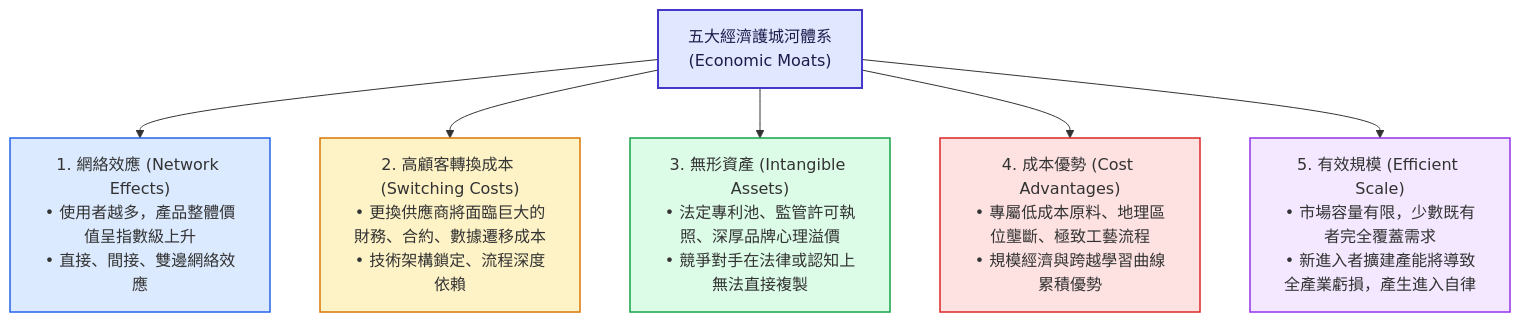
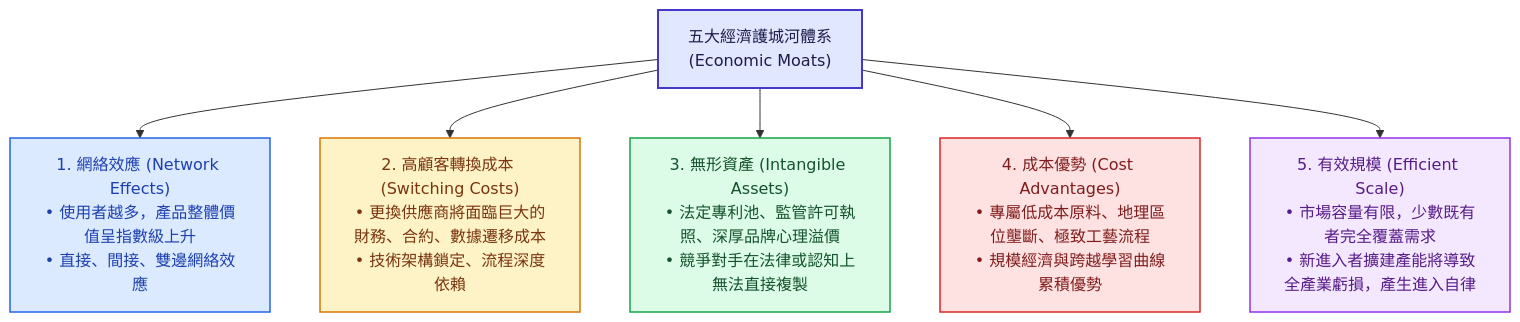
Before and after one commit to Jimlin0428/my-digital-garden: the sixth of 8 diagrams in src/site/notes/98_商業概念庫/competitive-advantage_競爭優勢.md, drawn with Mermaid. The commit also changed other lines of this file and 99 other files, not shown here.

````diff
--- a/src/site/notes/98_商業概念庫/competitive-advantage_競爭優勢.md
+++ b/src/site/notes/98_商業概念庫/competitive-advantage_競爭優勢.md
@@ -261,23 +261,23 @@
 ```mermaid
 flowchart TD
     Moats["五大經濟護城河體系<br>(Economic Moats)"]
     
     M1["1. 網絡效應 (Network Effects)<br>• 使用者越多，產品整體價值呈指數級上升<br>• 直接、間接、雙邊網絡效應"]
     M2["2. 高顧客轉換成本 (Switching Costs)<br>• 更換供應商將面臨巨大的財務、合約、數據遷移成本<br>• 技術架構鎖定、流程深度依賴"]
     M3["3. 無形資產 (Intangible Assets)<br>• 法定專利池、監管許可執照、深厚品牌心理溢價<br>• 競爭對手在法律或認知上無法直接複製"]
     M4["4. 成本優勢 (Cost Advantages)<br>• 專屬低成本原料、地理區位壟斷、極致工藝流程<br>• 規模經濟與跨越學習曲線累積優勢"]
     M5["5. 有效規模 (Efficient Scale)<br>• 市場容量有限，少數既有者完全覆蓋需求<br>• 新進入者擴建產能將導致全產業虧損，產生進入自律"]
 
     Moats --> M1
     Moats --> M2
     Moats --> M3
     Moats --> M4
     Moats --> M5
 
     style Moats fill:#e0e7ff,stroke:#4338ca,stroke-width:2px,color:#1e1b4b
-    style M1 fill:#dbeafe,stroke:#2563eb,stroke-width:1.5px
-    style M2 fill:#fef3c7,stroke:#d97706,stroke-width:1.5px
-    style M3 fill:#dcfce7,stroke:#16a34a,stroke-width:1.5px
-    style M4 fill:#fee2e2,stroke:#dc2626,stroke-width:1.5px
-    style M5 fill:#f3e8ff,stroke:#9333ea,stroke-width:1.5px
+    style M1 fill:#dbeafe,stroke:#2563eb,stroke-width:1.5px,color:#1e40af
+    style M2 fill:#fef3c7,stroke:#d97706,stroke-width:1.5px,color:#78350f
+    style M3 fill:#dcfce7,stroke:#16a34a,stroke-width:1.5px,color:#14532d
+    style M4 fill:#fee2e2,stroke:#dc2626,stroke-width:1.5px,color:#7f1d1d
+    style M5 fill:#f3e8ff,stroke:#9333ea,stroke-width:1.5px,color:#581c87
 ```
````
